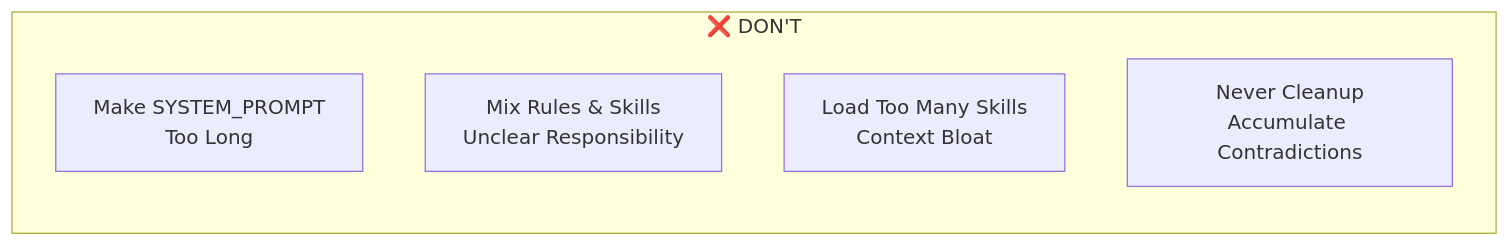
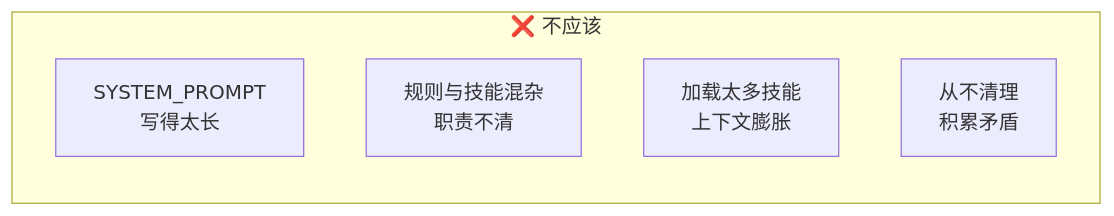
Diagram 13 of 13 in prompts/README.md (unlimblue/ai-toolbox), drawn with Mermaid before and after one commit. The commit also changed other lines of this file, not shown here.

````diff
--- a/prompts/README.md
+++ b/prompts/README.md
@@ -440,13 +442,13 @@
 ```mermaid
 flowchart LR
-    subgraph Dont["❌ DON'T"]
-        N1["Make SYSTEM_PROMPT
-Too Long"]
-        N2["Mix Rules & Skills
-Unclear Responsibility"]
-        N3["Load Too Many Skills
-Context Bloat"]
-        N4["Never Cleanup
-Accumulate Contradictions"]
+    subgraph Dont["❌ 不应该"]
+        N1["SYSTEM_PROMPT
+写得太长"]
+        N2["规则与技能混杂
+职责不清"]
+        N3["加载太多技能
+上下文膨胀"]
+        N4["从不清理
+积累矛盾"]
     end
 ```
````
